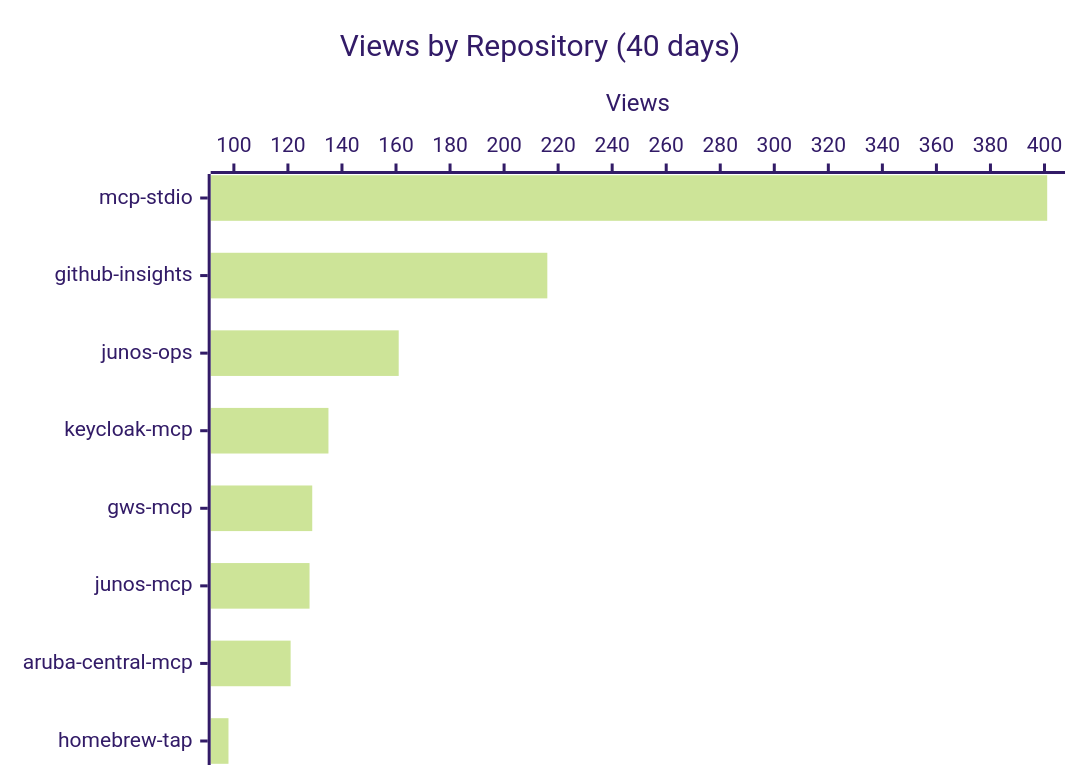
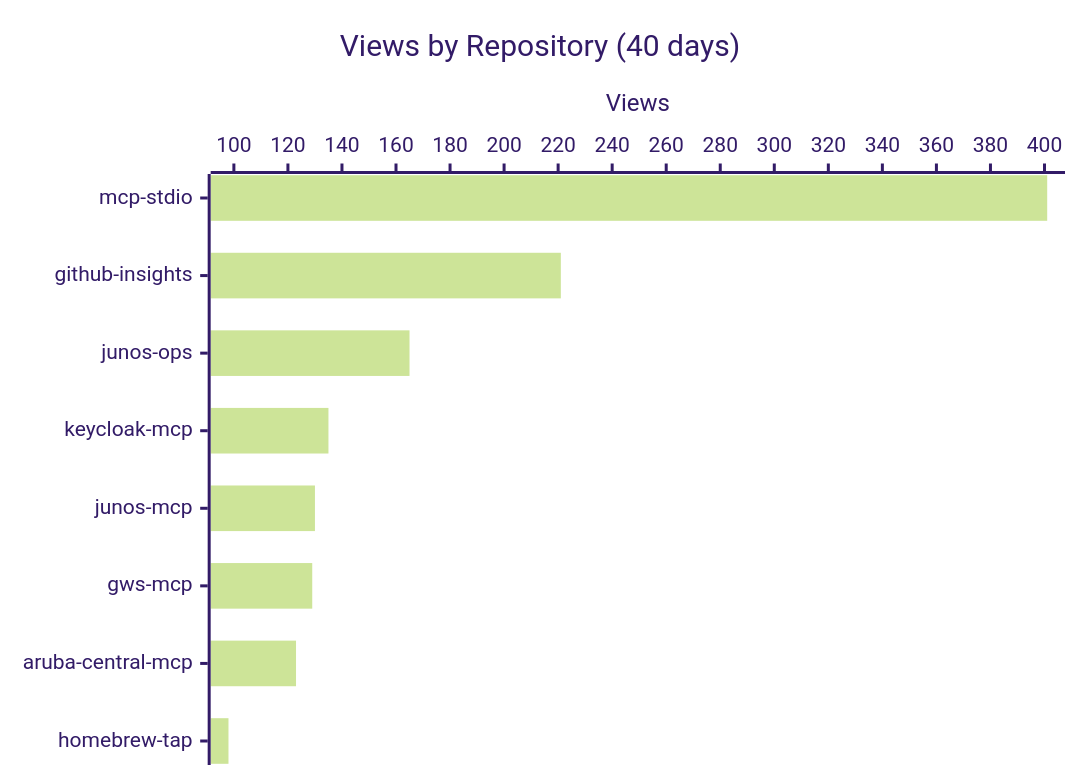
The first of 3 diagrams in README.md (shigechika/github-insights), drawn with Mermaid (forest theme) before and after one commit. The commit also changed other lines of this file and 1 other file, not shown here.

````diff
--- a/README.md
+++ b/README.md
@@ -16,7 +16,7 @@
 ```mermaid
 xychart-beta horizontal
     title "Views by Repository (40 days)"
-    x-axis ["mcp-stdio", "github-insights", "junos-ops", "keycloak-mcp", "gws-mcp", "junos-mcp", "aruba-central-mcp", "homebrew-tap"]
+    x-axis ["mcp-stdio", "github-insights", "junos-ops", "keycloak-mcp", "junos-mcp", "gws-mcp", "aruba-central-mcp", "homebrew-tap"]
     y-axis "Views"
-    bar [401, 216, 161, 135, 129, 128, 121, 98]
+    bar [401, 221, 165, 135, 130, 129, 123, 98]
 ```
````
